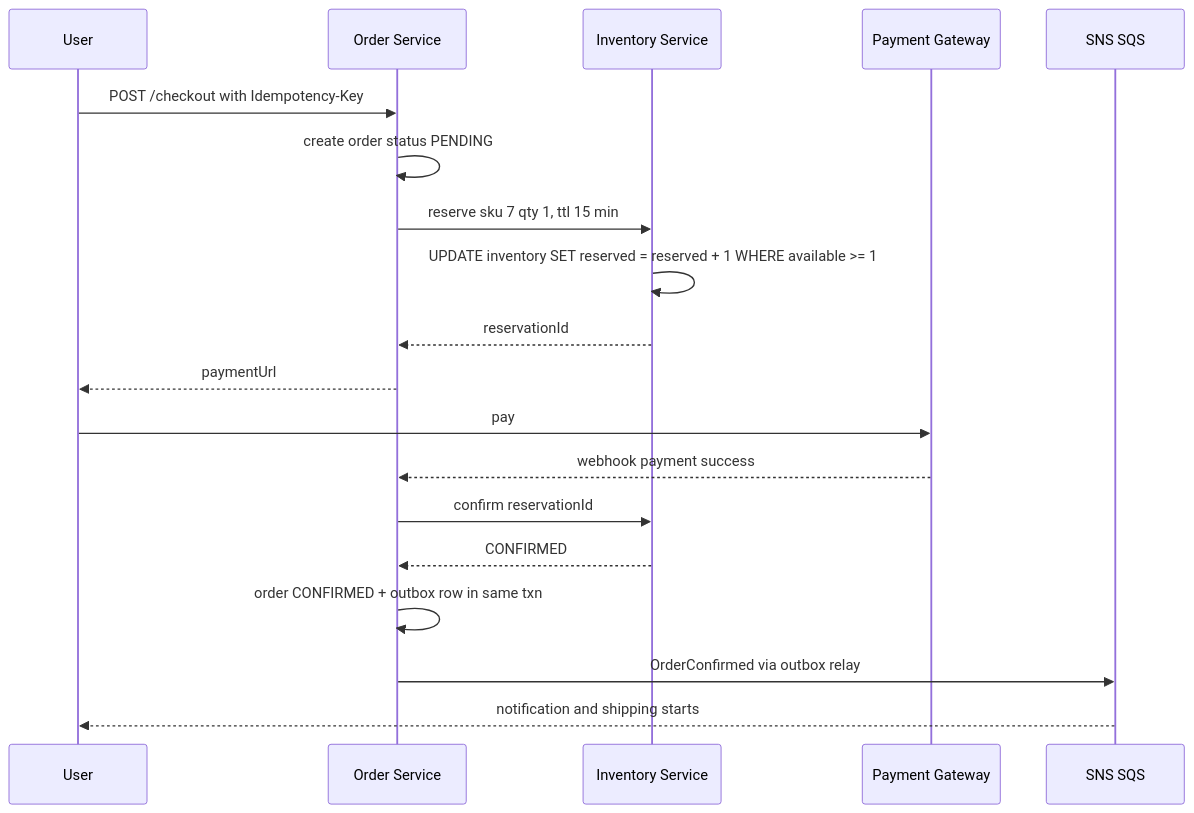
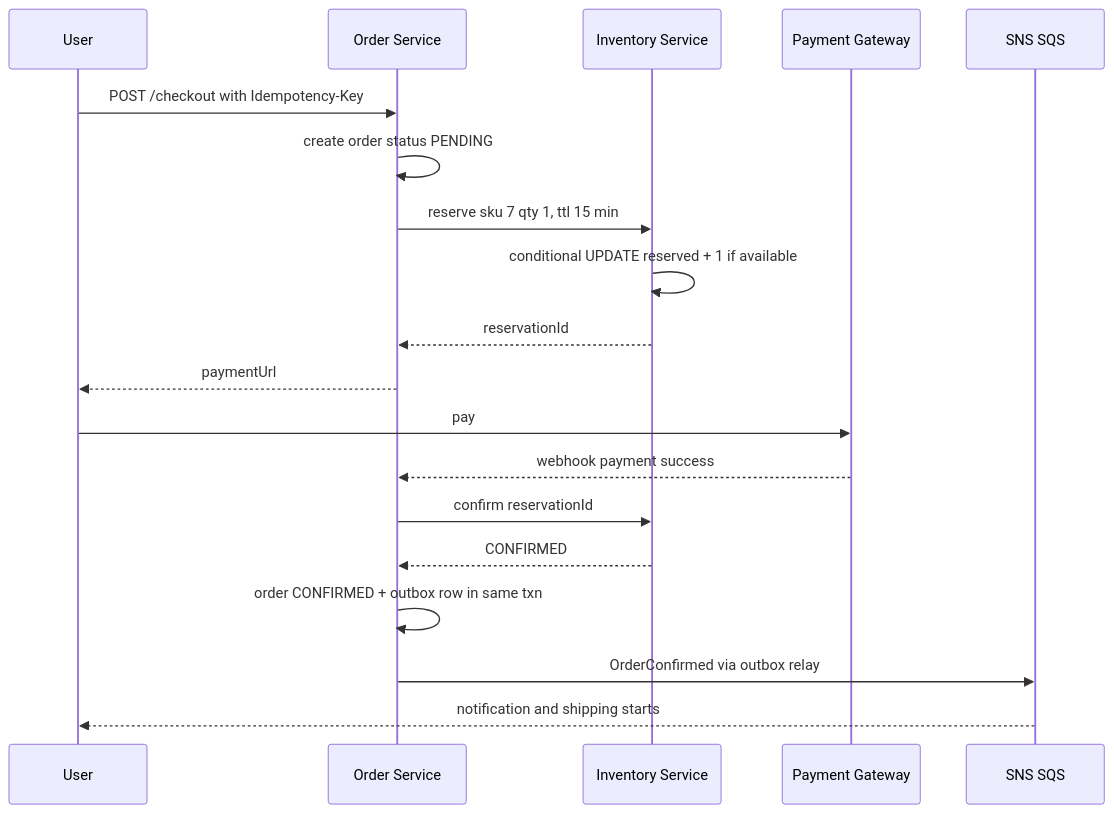
Before and after one commit to flow6979/system-design-prep: the second of 3 diagrams in content-en/02-questions/t2-24-ecommerce-inventory.md, drawn with Mermaid. The commit also changed other lines of this file and 52 other files, not shown here.

````diff
--- a/content-en/02-questions/t2-24-ecommerce-inventory.md
+++ b/content-en/02-questions/t2-24-ecommerce-inventory.md
@@ -125,21 +123,21 @@
 ```mermaid
 sequenceDiagram
   participant U as User
   participant O as Order Service
   participant I as Inventory Service
   participant P as Payment Gateway
   participant Q as SNS SQS
   U->>O: POST /checkout with Idempotency-Key
   O->>O: create order status PENDING
   O->>I: reserve sku 7 qty 1, ttl 15 min
-  I->>I: UPDATE inventory SET reserved = reserved + 1 WHERE available >= 1
+  I->>I: conditional UPDATE reserved + 1 if available
   I-->>O: reservationId
   O-->>U: paymentUrl
   U->>P: pay
   P-->>O: webhook payment success
   O->>I: confirm reservationId
   I-->>O: CONFIRMED
   O->>O: order CONFIRMED + outbox row in same txn
   O->>Q: OrderConfirmed via outbox relay
   Q-->>U: notification and shipping starts
 ```
````
